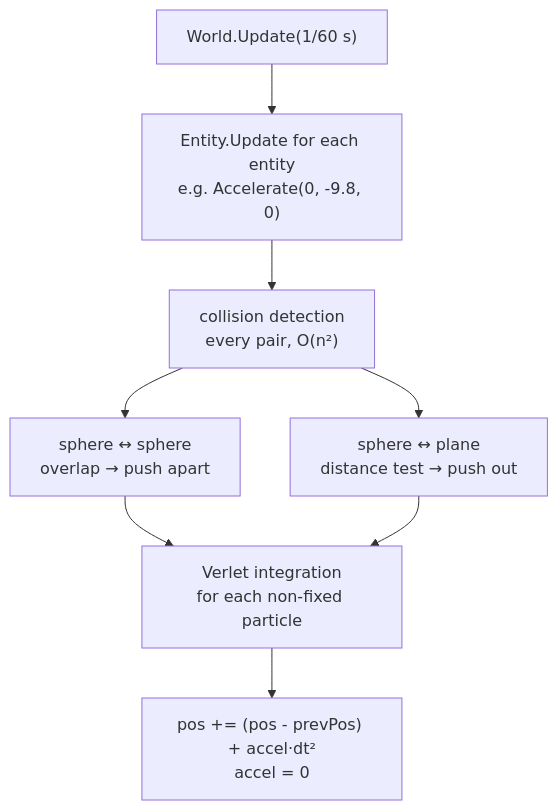
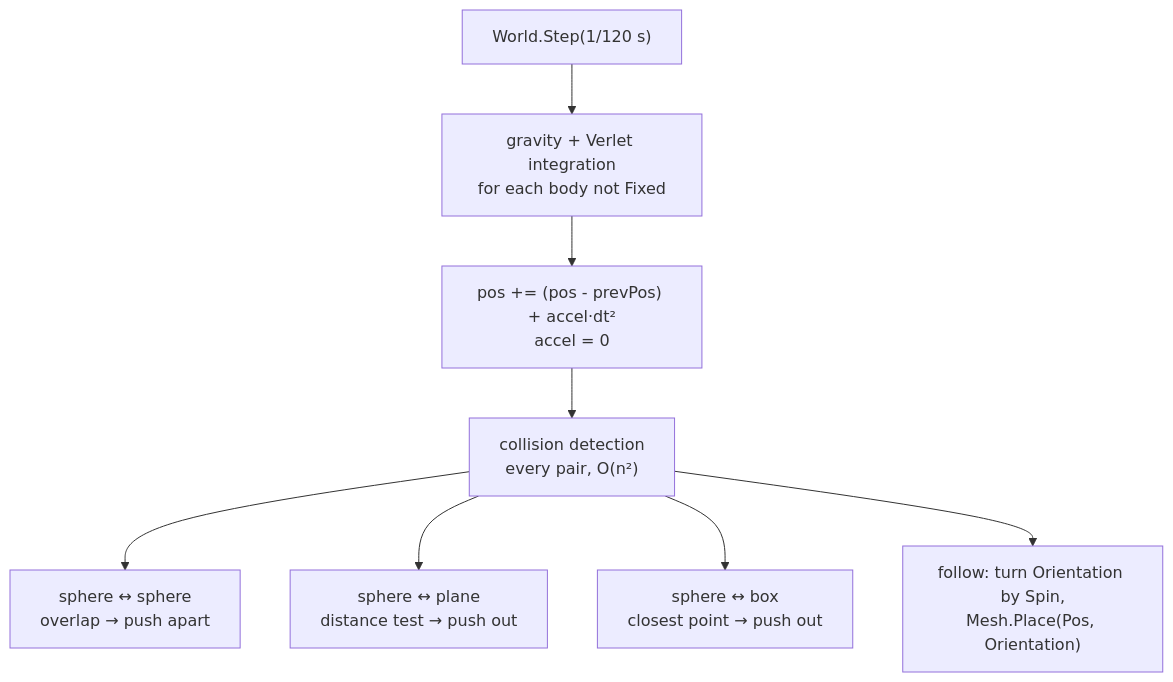
The second of 2 diagrams in notes/FEATURES.md (Zephyr75/overdrive), drawn with Mermaid before and after one commit. The commit also changed other lines of this file and 12 other files, not shown here.

````diff
--- a/notes/FEATURES.md
+++ b/notes/FEATURES.md
@@ -212,11 +212,11 @@
 ```mermaid
 flowchart TD
-    W["World.Update(1/60 s)"]
-    W --> U["Entity.Update for each entity<br/>e.g. Accelerate(0, -9.8, 0)"]
-    U --> C["collision detection<br/>every pair, O(n²)"]
+    W["World.Step(1/120 s)"]
+    W --> V["gravity + Verlet integration<br/>for each body not Fixed"]
+    V --> VI["pos += (pos - prevPos) + accel·dt²<br/>accel = 0"]
+    VI --> C["collision detection<br/>every pair, O(n²)"]
     C --> SS["sphere ↔ sphere<br/>overlap → push apart"]
     C --> SP["sphere ↔ plane<br/>distance test → push out"]
-    SS --> V
-    SP --> V["Verlet integration<br/>for each non-fixed particle"]
-    V --> VI["pos += (pos - prevPos) + accel·dt²<br/>accel = 0"]
+    C --> SB["sphere ↔ box<br/>closest point → push out"]
+    C --> F["follow: turn Orientation by Spin,<br/>Mesh.Place(Pos, Orientation)"]
 ```
````
